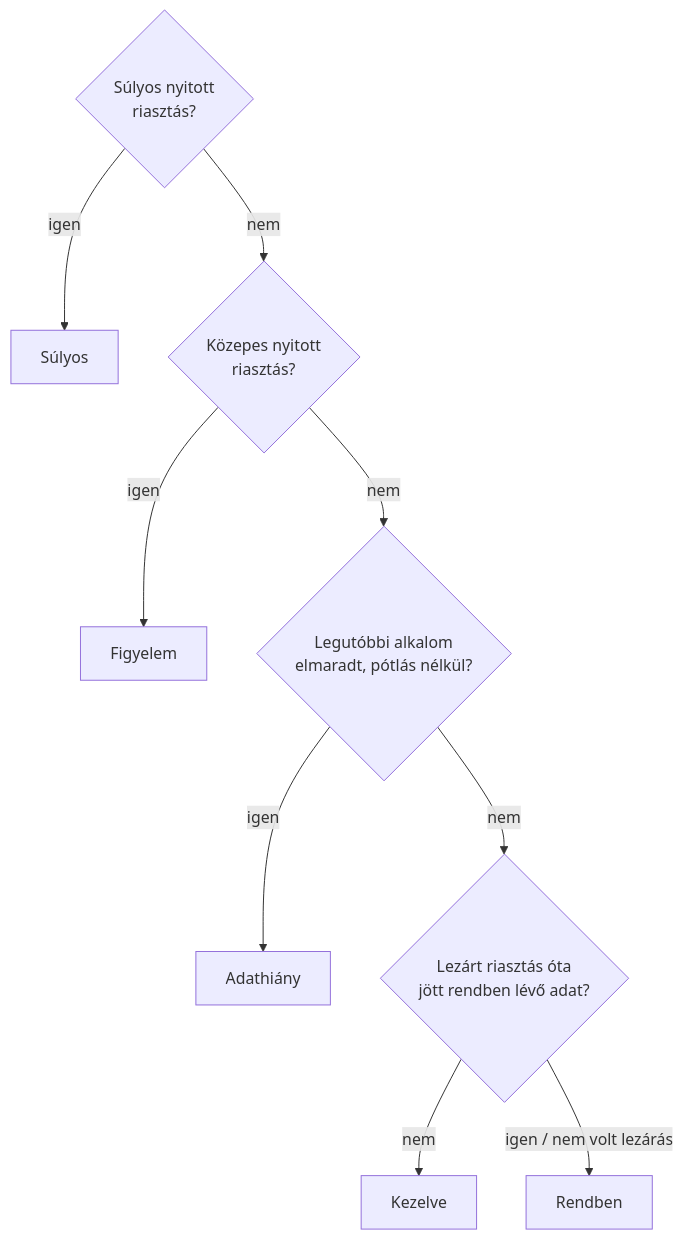
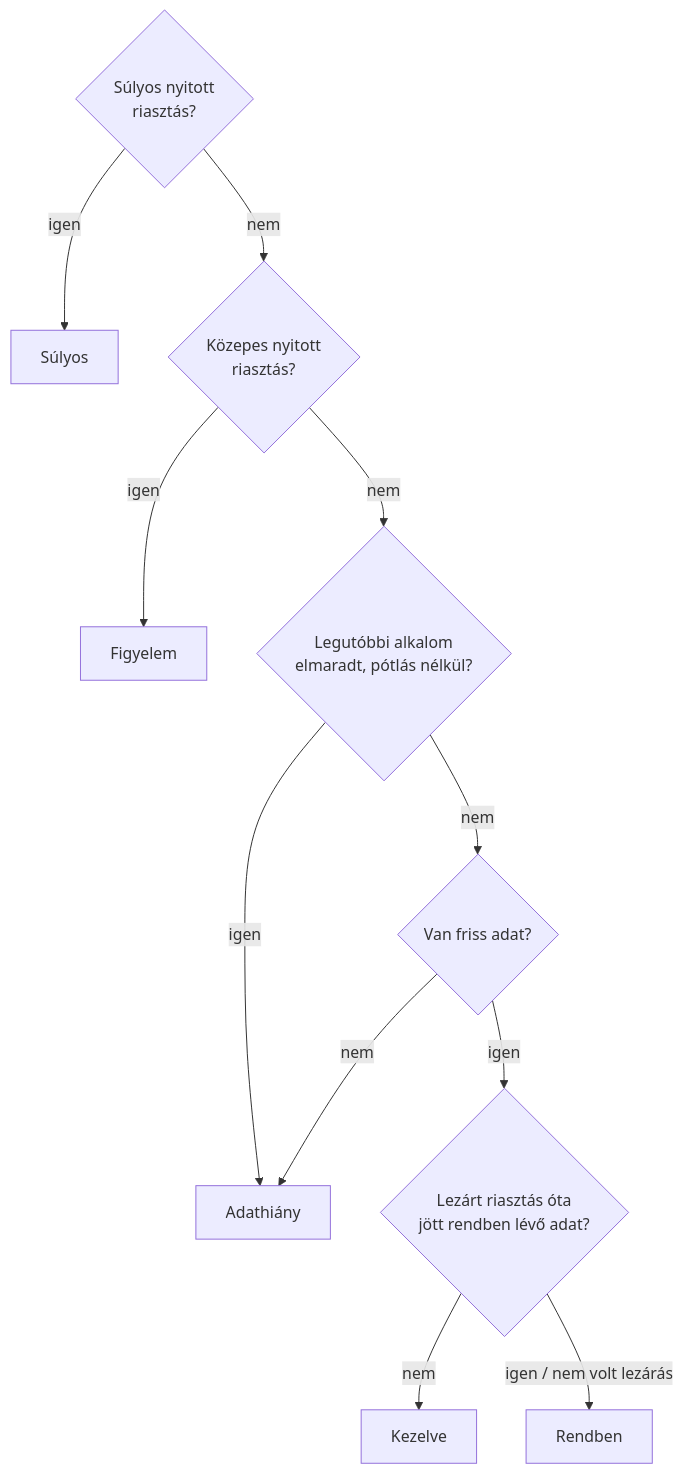
One commit to szombatikoni/pulse changed the third of 4 diagrams in docs/M1/06_folyamatabrak.md. Above: the diagram before and after it, drawn with Mermaid. The commit also changed other lines of this file and 28 other files, not shown here.

````diff
--- a/docs/M1/06_folyamatabrak.md
+++ b/docs/M1/06_folyamatabrak.md
@@ -52,11 +60,13 @@
 ```mermaid
 flowchart TD
     A{Súlyos nyitott<br/>riasztás?} -- igen --> S[Súlyos]
     A -- nem --> B{Közepes nyitott<br/>riasztás?}
     B -- igen --> F[Figyelem]
     B -- nem --> C{Legutóbbi alkalom<br/>elmaradt, pótlás nélkül?}
     C -- igen --> D[Adathiány]
-    C -- nem --> E{Lezárt riasztás óta<br/>jött rendben lévő adat?}
+    C -- nem --> G{Van friss adat?}
+    G -- nem --> D
+    G -- igen --> E{Lezárt riasztás óta<br/>jött rendben lévő adat?}
     E -- nem --> K[Kezelve]
     E -- igen / nem volt lezárás --> R[Rendben]
 ```
````
